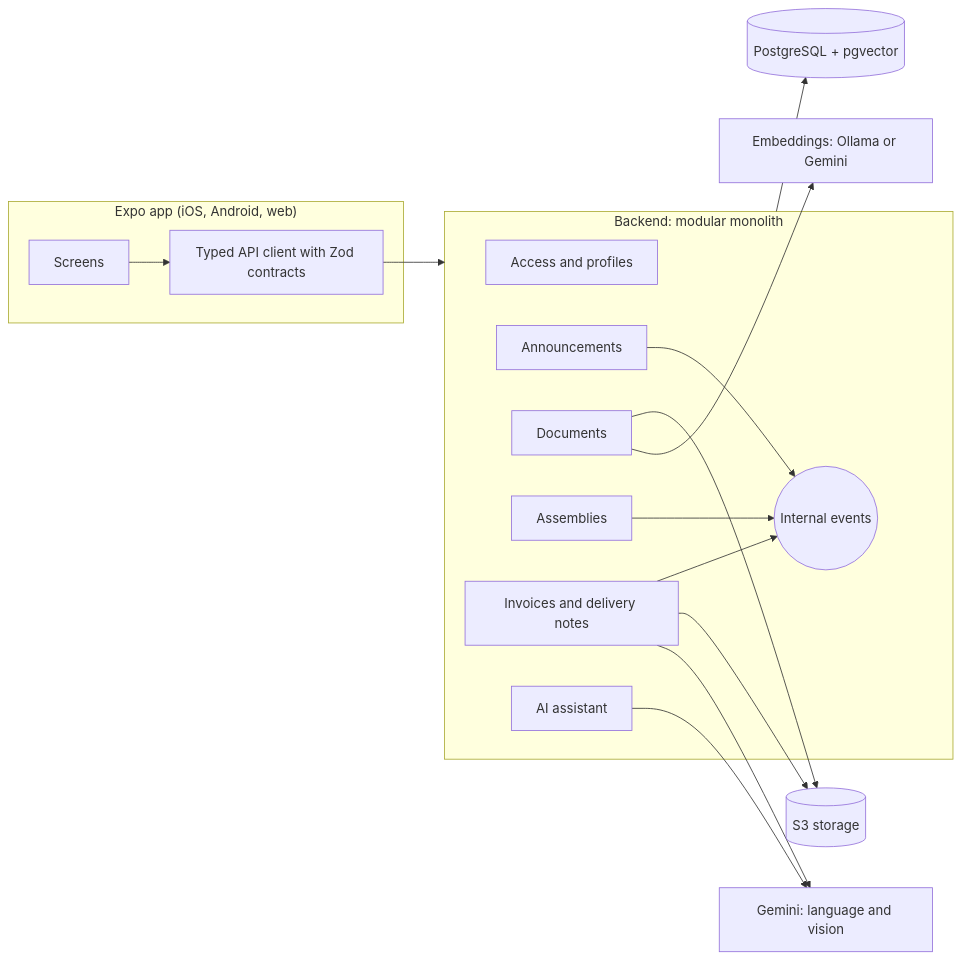
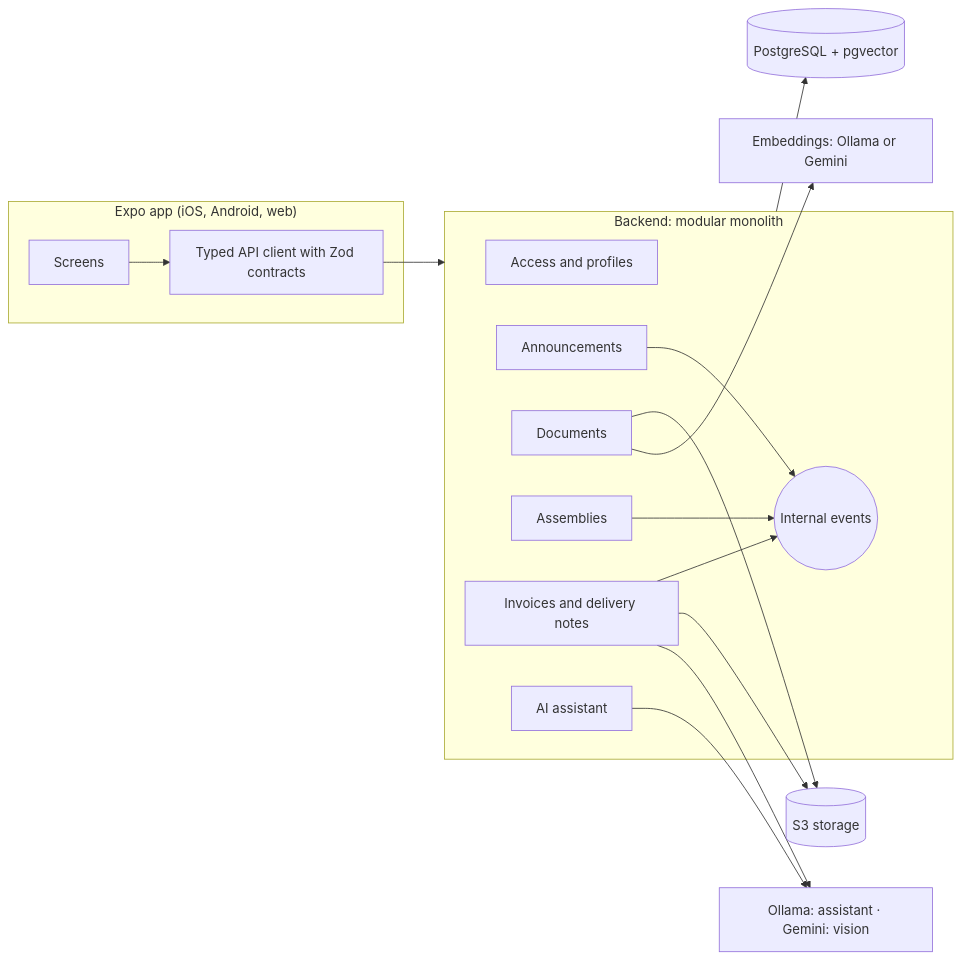
Before and after one commit to chaparro2001/multiCooperativa: the diagram in README.en.md, drawn with Mermaid. The commit also changed other lines of this file and 9 other files, not shown here.

````diff
--- a/README.en.md
+++ b/README.en.md
@@ -246,33 +250,33 @@
 ```mermaid
 flowchart LR
     subgraph Mobile["Expo app (iOS, Android, web)"]
         UI[Screens]
         Client[Typed API client with Zod contracts]
     end
 
     subgraph Backend["Backend: modular monolith"]
         Access[Access and profiles]
         Announcements
         Documents
         Assemblies
         Invoicing[Invoices and delivery notes]
         Assistant[AI assistant]
         Bus((Internal events))
     end
 
     DB[(PostgreSQL + pgvector)]
     Files[(S3 storage)]
-    LLM[Gemini: language and vision]
+    LLM[Ollama: assistant · Gemini: vision]
     Emb[Embeddings: Ollama or Gemini]
 
     UI --> Client --> Backend
     Announcements --> Bus
     Assemblies --> Bus
     Invoicing --> Bus
     Backend --> DB
     Documents --> Files
     Invoicing --> Files
     Documents --> Emb
     Assistant --> LLM
     Invoicing --> LLM
 ```
````
